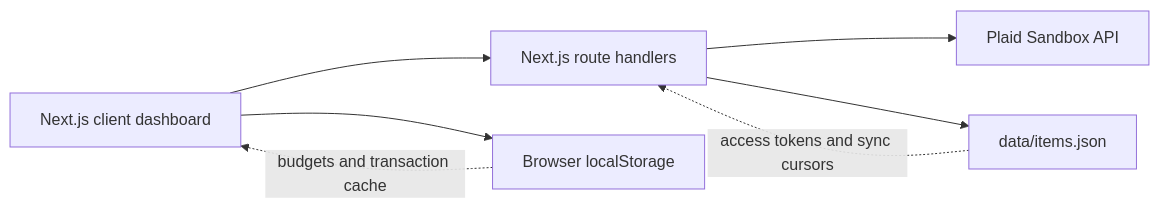
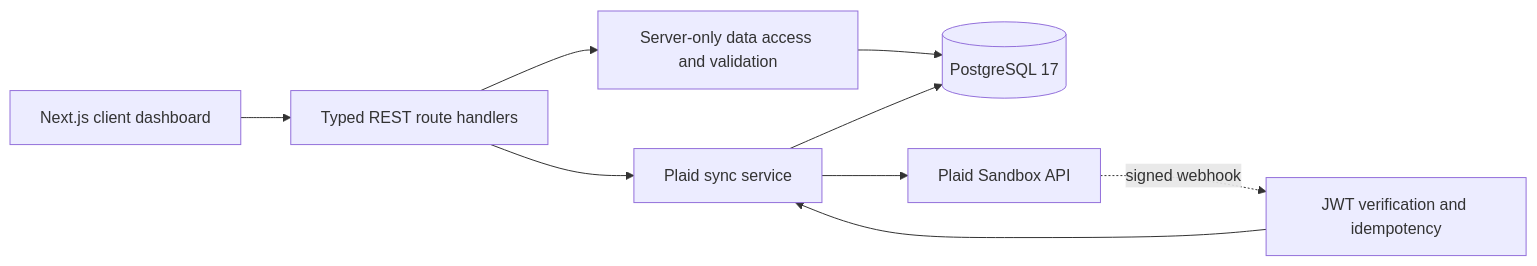
The first of 2 diagrams in README.md (tam-nguyen-3/atama-personal-finance), drawn with Mermaid before and after one commit. The commit also changed other lines of this file and 48 other files, not shown here.

Commit message:
Add persistent PostgreSQL backend

````diff
--- a/README.md
+++ b/README.md
@@ -21,10 +23,11 @@
 ```mermaid
 flowchart LR
-  Browser[Next.js client dashboard] --> Routes[Next.js route handlers]
-  Routes --> Plaid[Plaid Sandbox API]
-  Routes --> Items[data/items.json]
-  Browser --> Local[Browser localStorage]
-
-  Items -. access tokens and sync cursors .-> Routes
-  Local -. budgets and transaction cache .-> Browser
+  Browser[Next.js client dashboard] --> REST[Typed REST route handlers]
+  REST --> DAL[Server-only data access and validation]
+  DAL --> Postgres[(PostgreSQL 17)]
+  REST --> Sync[Plaid sync service]
+  Sync --> Plaid[Plaid Sandbox API]
+  Sync --> Postgres
+  Plaid -. signed webhook .-> Webhook[JWT verification and idempotency]
+  Webhook --> Sync
 ```
````
